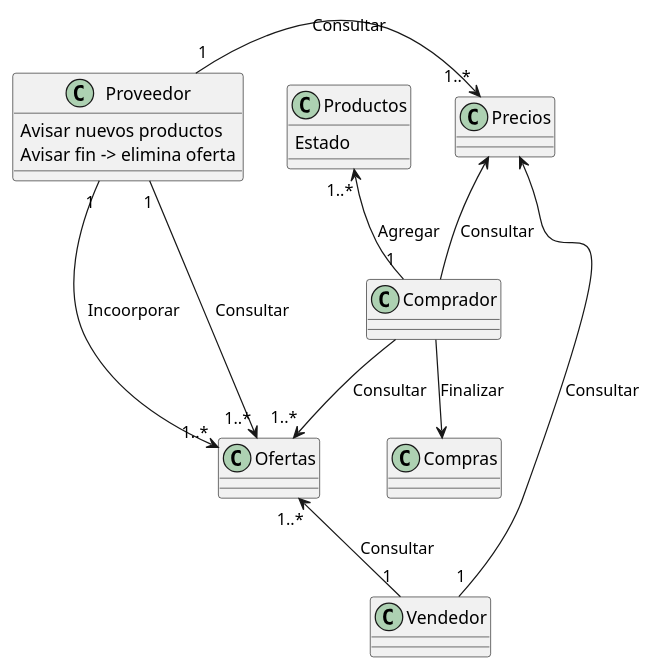
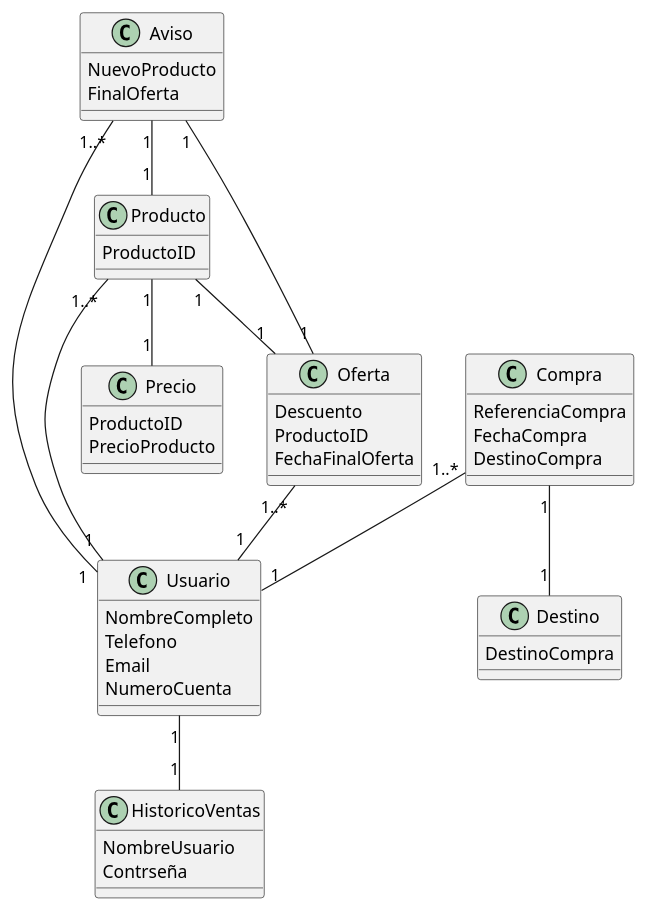
Before and after one commit to cgg734/INRE-UAL-MORADO-2022-2023: the diagram in lab1/source/SistemaComprasEntidadRelacion.puml, drawn with PlantUML. The commit also changed 3 other files, not shown here.

```diff
--- a/lab1/source/SistemaComprasEntidadRelacion.puml
+++ b/lab1/source/SistemaComprasEntidadRelacion.puml
@@ -1,23 +1,54 @@
 @startuml Sistema
 
-Class Proveedor{
-    Avisar nuevos productos
-    Avisar fin -> elimina oferta
-
+Class Usuario{
+    NombreCompleto
+    Telefono
+    Email
+    NumeroCuenta
 }
 
-Class Productos{
-    Estado
+Class Producto{
+    ProductoID
 }
 
+Class Aviso{
+    NuevoProducto
+    FinalOferta
+}
 
-Compras <-up-Comprador : Finalizar
-Ofertas "1..*"<-up-Comprador : Consultar
-Precios <-down-Comprador : Consultar
-Productos "1..*"<--"1" Comprador : Agregar
-Precios "1..*"<-left-"1" Proveedor : Consultar
-Ofertas "1..*"<-up-"1" Proveedor : Consultar
-Ofertas "1..*"<--"1" Proveedor : Incoorporar
-Precios <--"1" Vendedor : Consultar
-Ofertas "1..*"<-down-"1" Vendedor : Consultar
+class Precio {
+    ProductoID
+    PrecioProducto
+}
+class Compra{
+    ReferenciaCompra
+    FechaCompra
+    DestinoCompra
+}
+
+class Oferta {
+    Descuento
+    ProductoID
+    FechaFinalOferta
+}
+
+class Destino{
+    DestinoCompra
+}
+
+class HistoricoVentas{
+    NombreUsuario
+    Contrseña
+}
+
+Compra "1..*"--"1"Usuario 
+Oferta "1..*"--"1"Usuario 
+HistoricoVentas "1"-up-"1"Usuario
+Producto "1..*"--"1" Usuario 
+Aviso"1..*"--"1" Usuario 
+Compra "1"--"1"Destino
+Producto "1"--"1" Oferta
+Producto "1"--"1" Precio
+Aviso "1"--"1" Oferta
+Aviso "1"--"1" Producto
 @enduml
```
